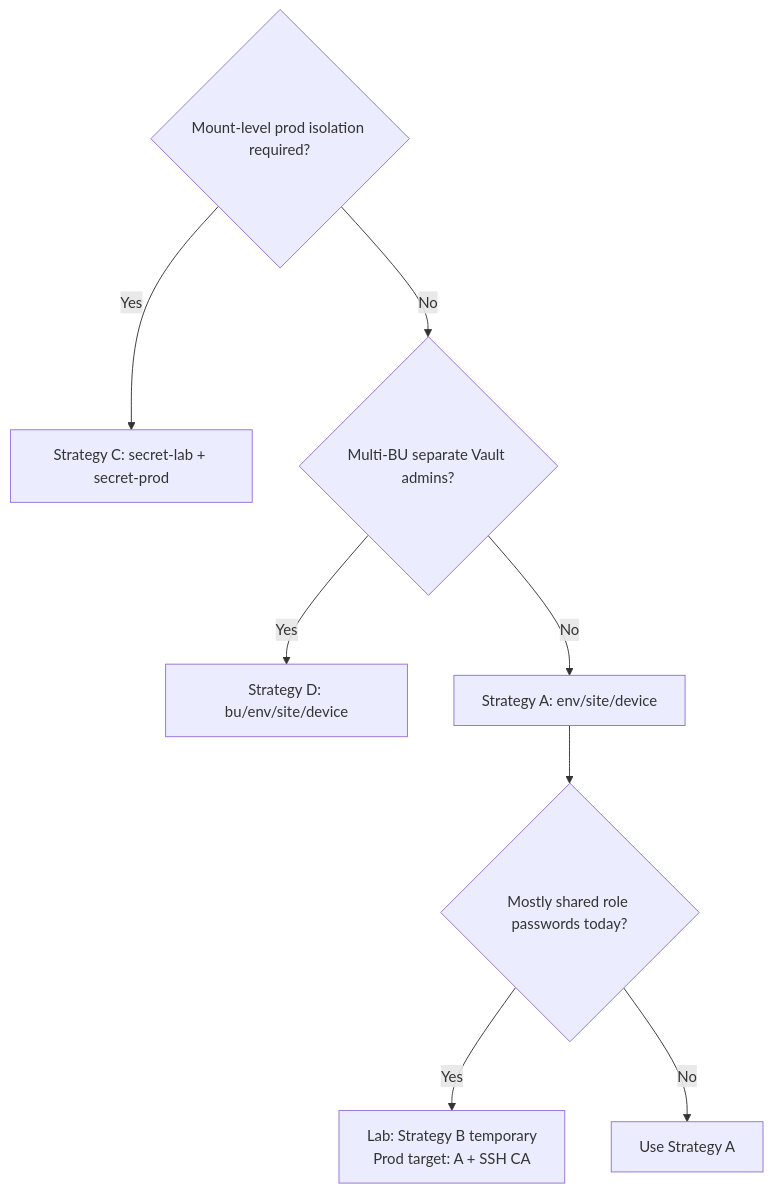
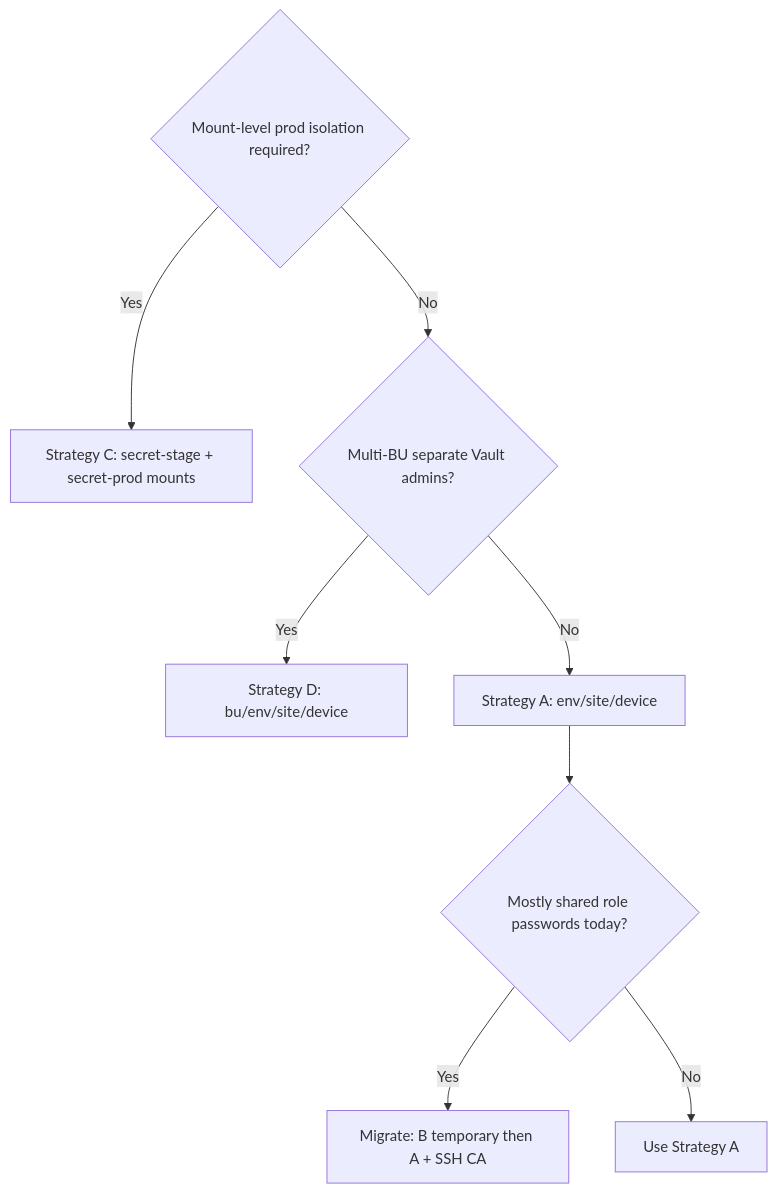
The second of 2 diagrams in docs/PATH_LAYOUT.md (j-munroe/NetClaw-Production-Install-Guide), drawn with Mermaid before and after one commit. The commit also changed other lines of this file and 37 other files, not shown here.

````diff
--- a/docs/PATH_LAYOUT.md
+++ b/docs/PATH_LAYOUT.md
@@ -185,11 +184,11 @@
 ```mermaid
 flowchart TD
   A{Mount-level prod isolation required?}
-  A -->|Yes| C[Strategy C: secret-lab + secret-prod]
+  A -->|Yes| C[Strategy C: secret-stage + secret-prod mounts]
   A -->|No| B{Multi-BU separate Vault admins?}
   B -->|Yes| D[Strategy D: bu/env/site/device]
   B -->|No| E[Strategy A: env/site/device]
   E --> F{Mostly shared role passwords today?}
-  F -->|Yes| G[Lab: Strategy B temporary<br/>Prod target: A + SSH CA]
+  F -->|Yes| G[Migrate: B temporary then A + SSH CA]
   F -->|No| H[Use Strategy A]
 ```
````
